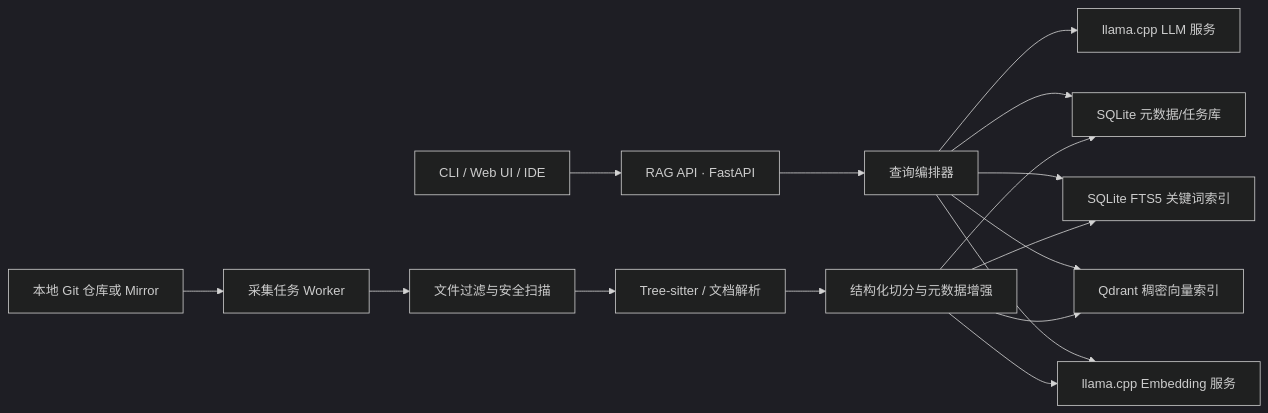
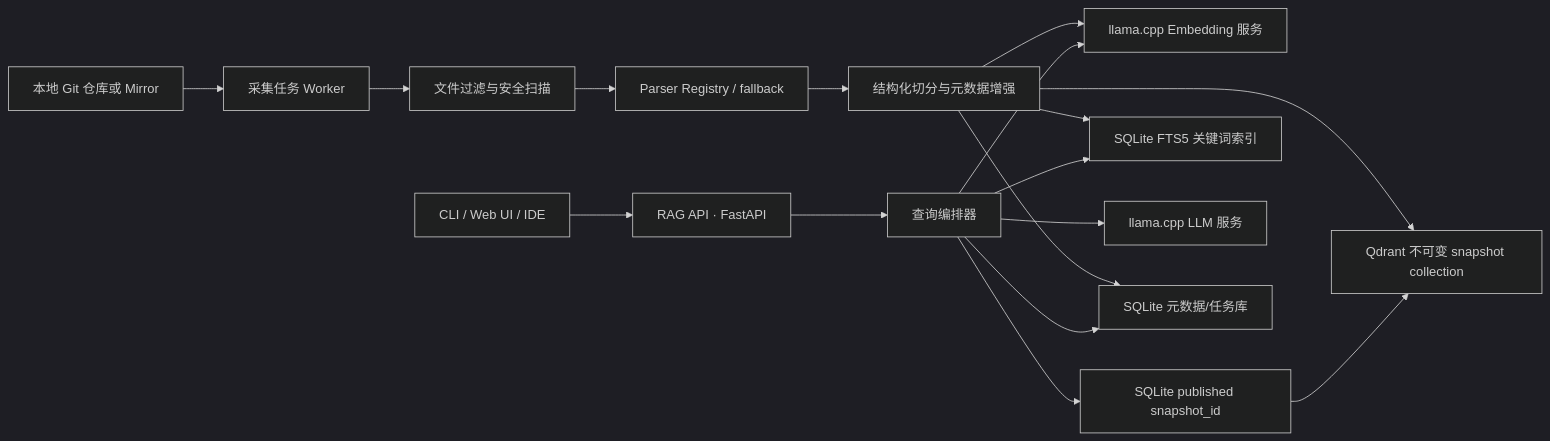
One commit to wangmangguo555-del/RAG changed the first of 3 diagrams in LOCAL_RAG_ARCHITECTURE_AND_DEVELOPMENT_PLAN.md. Above: the diagram before and after it, drawn with Mermaid (dark theme). The commit also changed other lines of this file and 35 other files, not shown here.

````diff
--- a/LOCAL_RAG_ARCHITECTURE_AND_DEVELOPMENT_PLAN.md
+++ b/LOCAL_RAG_ARCHITECTURE_AND_DEVELOPMENT_PLAN.md
@@ -82,19 +91,20 @@
 ```mermaid
 flowchart LR
     U["CLI / Web UI / IDE"] --> API["RAG API · FastAPI"]
     API --> ORCH["查询编排器"]
     ORCH --> EMB["llama.cpp Embedding 服务"]
-    ORCH --> VDB["Qdrant 稠密向量索引"]
+    ORCH --> SNAP["SQLite published snapshot_id"]
+    SNAP --> VDB["Qdrant 不可变 snapshot collection"]
     ORCH --> FTS["SQLite FTS5 关键词索引"]
     ORCH --> LLM["llama.cpp LLM 服务"]
     ORCH --> META["SQLite 元数据/任务库"]
 
     GIT["本地 Git 仓库或 Mirror"] --> ING["采集任务 Worker"]
     ING --> FILTER["文件过滤与安全扫描"]
-    FILTER --> PARSE["Tree-sitter / 文档解析"]
+    FILTER --> PARSE["Parser Registry / fallback"]
     PARSE --> CHUNK["结构化切分与元数据增强"]
     CHUNK --> EMB
     CHUNK --> VDB
     CHUNK --> FTS
     CHUNK --> META
 ```
````
